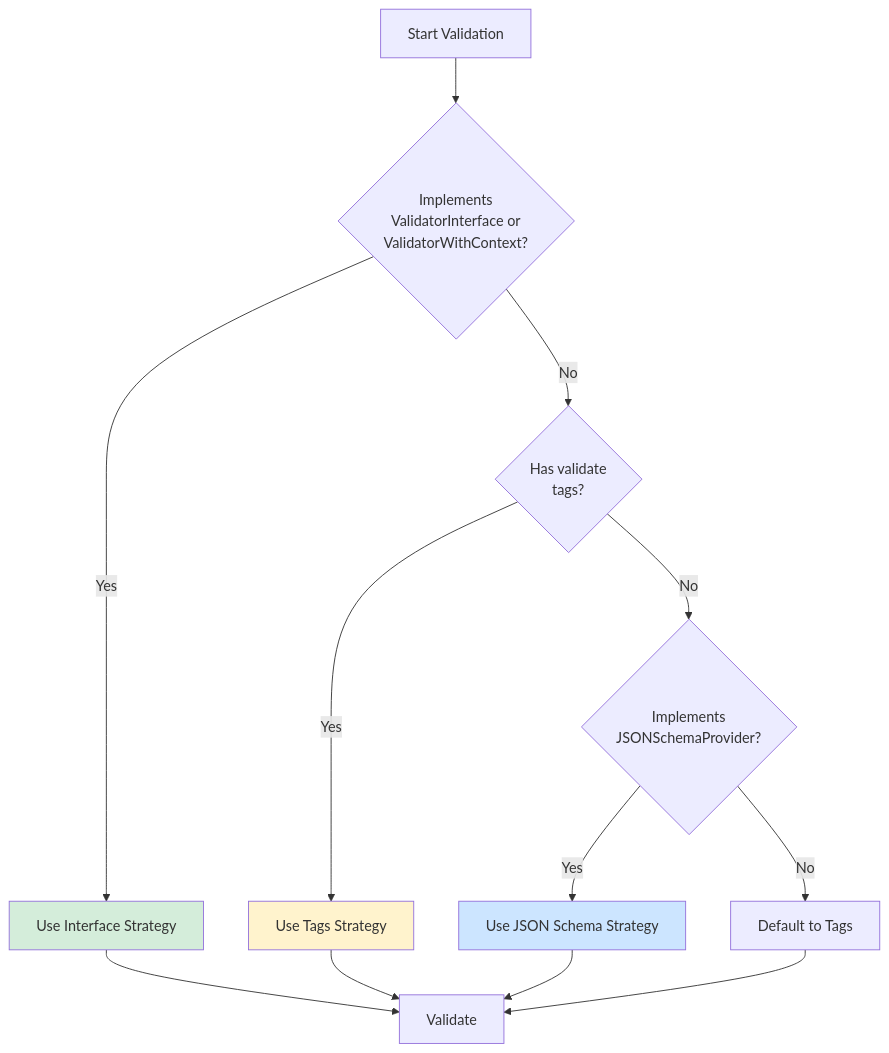
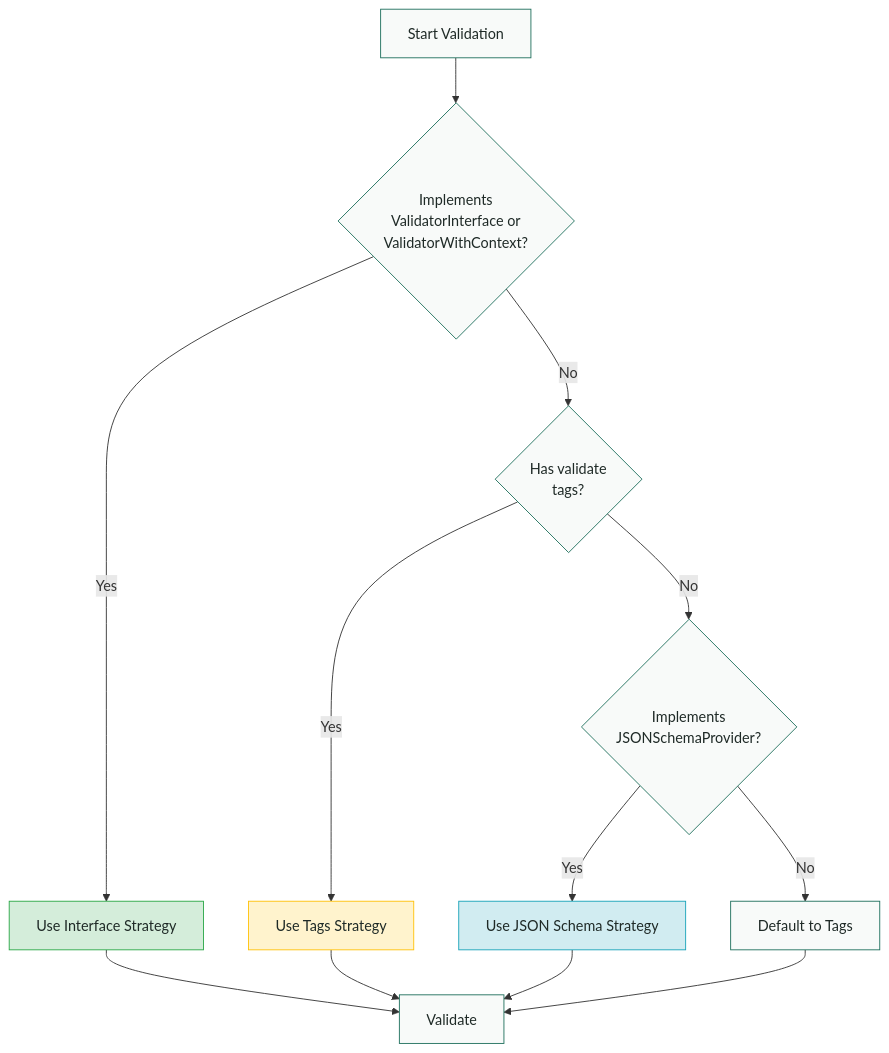
The diagram in content/en/reference/packages/validation/strategies.md (rivaas-dev/docs), drawn with Mermaid before and after one commit. The commit also changed 32 other files, not shown here.

````diff
--- a/content/en/reference/packages/validation/strategies.md
+++ b/content/en/reference/packages/validation/strategies.md
@@ -116,22 +116,23 @@
 ```mermaid
 graph TD
     Start[Start Validation] --> CheckInterface{Implements<br/>ValidatorInterface or<br/>ValidatorWithContext?}
     
-    CheckInterface -->|Yes| UseInterface[Use Interface Strategy]
+    CheckInterface -->|Yes| UseInterface[Use Interface Strategy]:::success
     CheckInterface -->|No| CheckTags{Has validate<br/>tags?}
     
-    CheckTags -->|Yes| UseTags[Use Tags Strategy]
+    CheckTags -->|Yes| UseTags[Use Tags Strategy]:::warning
     CheckTags -->|No| CheckSchema{Implements<br/>JSONSchemaProvider?}
     
-    CheckSchema -->|Yes| UseSchema[Use JSON Schema Strategy]
+    CheckSchema -->|Yes| UseSchema[Use JSON Schema Strategy]:::info
     CheckSchema -->|No| DefaultTags[Default to Tags]
     
     UseInterface --> Done[Validate]
     UseTags --> Done
     UseSchema --> Done
     DefaultTags --> Done
     
-    style UseInterface fill:#d4edda
-    style UseTags fill:#fff3cd
-    style UseSchema fill:#cce5ff
+    classDef default fill:#F8FAF9,stroke:#1E6F5C,color:#1F2A27
+    classDef info fill:#D1ECF1,stroke:#17A2B8,color:#1F2A27
+    classDef success fill:#D4EDDA,stroke:#28A745,color:#1F2A27
+    classDef warning fill:#FFF3CD,stroke:#FFC107,color:#1F2A27
 ```
````
